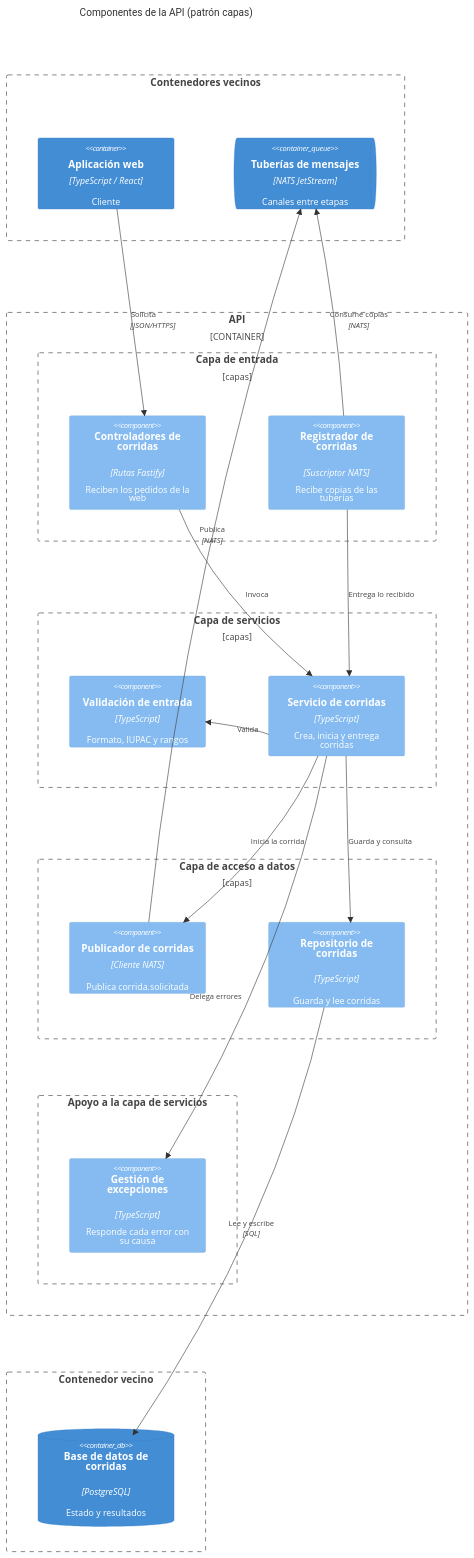
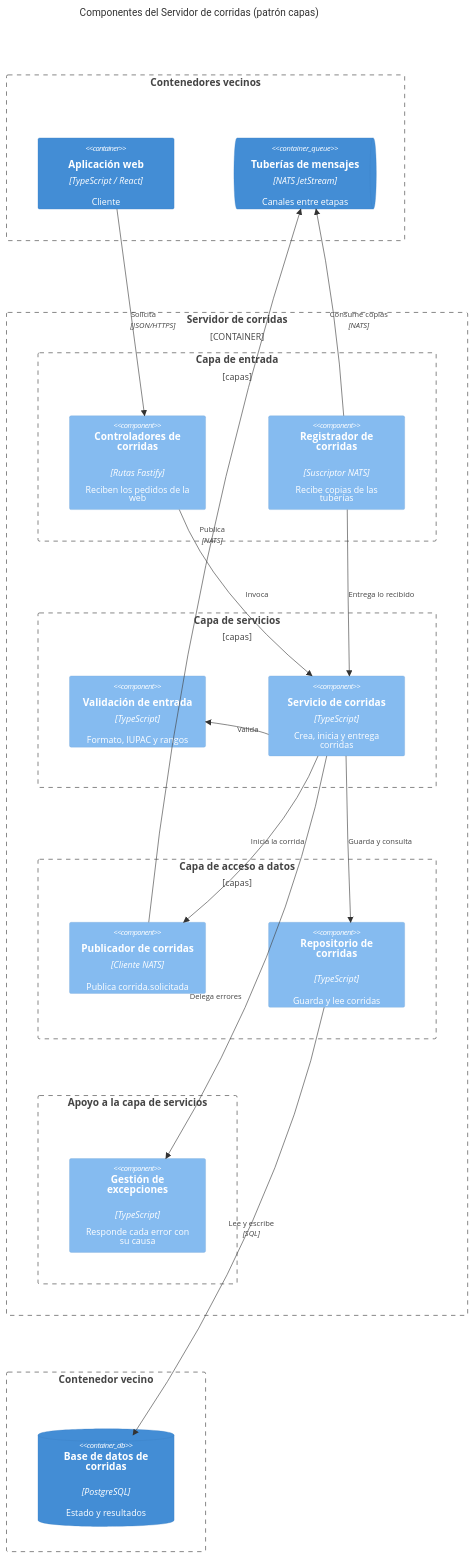
Before and after one commit to MatiasRiosMR/PrimerCraft-Pro-2026: the fifth of 9 diagrams in docs/architecture/arquitectura.md, drawn with Mermaid. The commit also changed other lines of this file and 1 other file, not shown here.

Commit message:
docs(arq): corrijo el TP3 según la devolución: renombro la API a Servidor de corridas, conecto cada etapa a corrida.estado y defino los campos del JSON

````diff
--- a/docs/architecture/arquitectura.md
+++ b/docs/architecture/arquitectura.md
@@ -572,42 +642,42 @@
 ```mermaid
 %%{init: {"wrap": true}}%%
 C4Component
-   title Componentes de la API (patrón capas)
+   title Componentes del Servidor de corridas (patrón capas)
    Boundary(f1, "Contenedores vecinos", "") {
        Container(web, "Aplicación web", "TypeScript / React", "Cliente")
        ContainerQueue(tub, "Tuberías de mensajes", "NATS JetStream", "Canales entre etapas")
    }
-   Container_Boundary(api, "API") {
+   Container_Boundary(api, "Servidor de corridas") {
        Boundary(c1, "Capa de entrada", "capas") {
            Component(ctrl, "Controladores de corridas", "Rutas Fastify", "Reciben los pedidos de la web")
            Component(reg, "Registrador de corridas", "Suscriptor NATS", "Recibe copias de las tuberías")
        }
        Boundary(c2, "Capa de servicios", "capas") {
            Component(val, "Validación de entrada", "TypeScript", "Formato, IUPAC y rangos")
            Component(serv, "Servicio de corridas", "TypeScript", "Crea, inicia y entrega corridas")
        }
        Boundary(c3, "Capa de acceso a datos", "capas") {
            Component(pub, "Publicador de corridas", "Cliente NATS", "Publica corrida.solicitada")
            Component(repo, "Repositorio de corridas", "TypeScript", "Guarda y lee corridas")
        }
        Boundary(c4, "Apoyo a la capa de servicios", "") {
            Component(exc, "Gestión de excepciones", "TypeScript", "Responde cada error con su causa")
        }
    }
    Boundary(f2, "Contenedor vecino", "") {
        ContainerDb(bd, "Base de datos de corridas", "PostgreSQL", "Estado y resultados")
    }
    Rel(web, ctrl, "Solicita", "JSON/HTTPS")
    Rel(reg, tub, "Consume copias", "NATS")
    Rel(ctrl, serv, "Invoca")
    Rel(reg, serv, "Entrega lo recibido")
    Rel(serv, val, "Valida")
    Rel(serv, exc, "Delega errores")
    Rel(serv, repo, "Guarda y consulta")
    Rel(serv, pub, "Inicia la corrida")
    Rel(repo, bd, "Lee y escribe", "SQL")
    Rel(pub, tub, "Publica", "NATS")
    UpdateRelStyle(serv, exc, $offsetX="-90", $offsetY="60")
    UpdateRelStyle(pub, tub, $offsetX="-40", $offsetY="-60")
    UpdateLayoutConfig($c4ShapeInRow="2", $c4BoundaryInRow="1")
 ```
````
